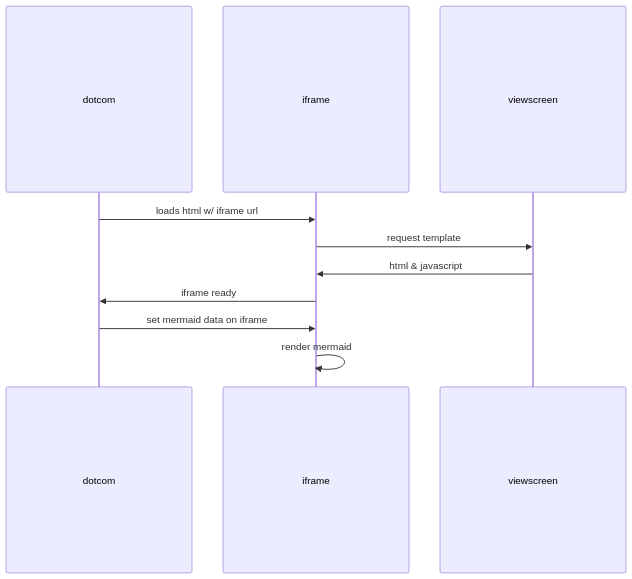
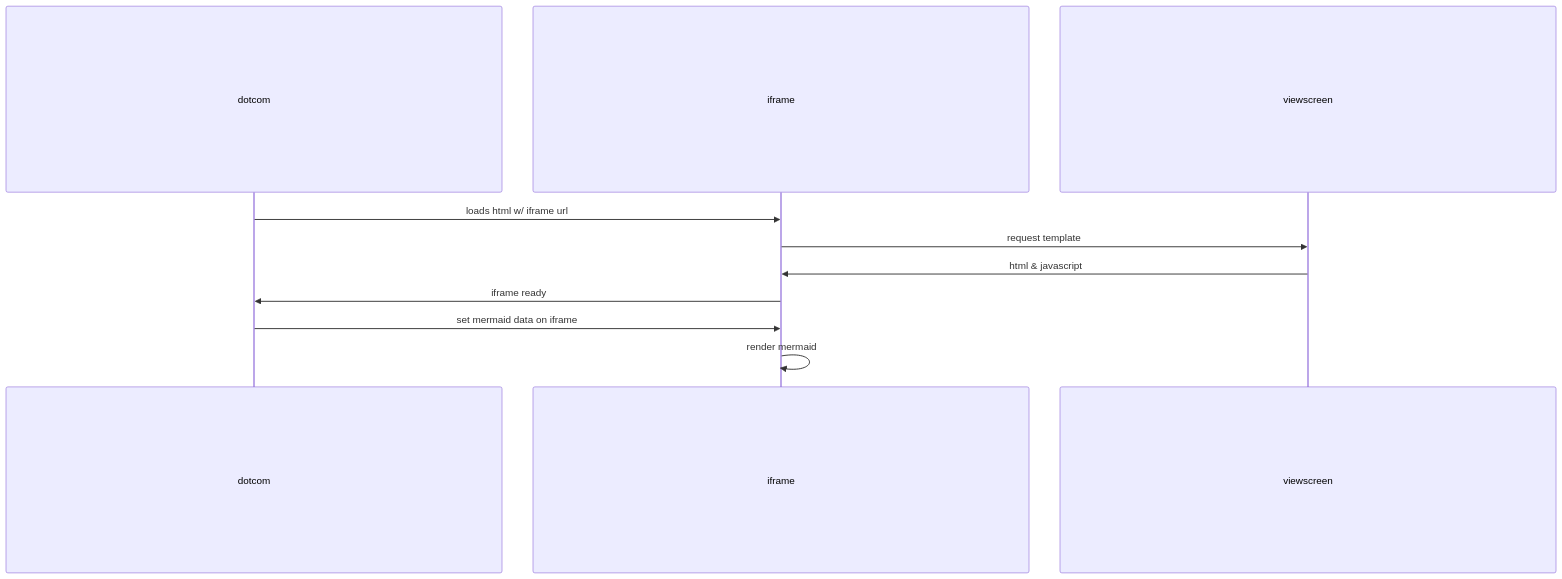
One commit to VNG-Realisatie/VNG-R-Respec-Template changed the second of 7 diagrams in mermaid.md. Above: the diagram before and after it, drawn with Mermaid.

````diff
--- a/mermaid.md
+++ b/mermaid.md
@@ -41,13 +41,13 @@
 ```mermaid
-%%{init: { "sequence": { "width":300, "height":300 } } }%%
+%%{init: { "sequence": { "width":800, "height":300 } } }%%
 sequenceDiagram
     participant dotcom
     participant iframe
     participant viewscreen
     dotcom->>iframe: loads html w/ iframe url
     iframe->>viewscreen: request template
     viewscreen->>iframe: html & javascript
     iframe->>dotcom: iframe ready
     dotcom->>iframe: set mermaid data on iframe
     iframe->>iframe: render mermaid
 ```
````
